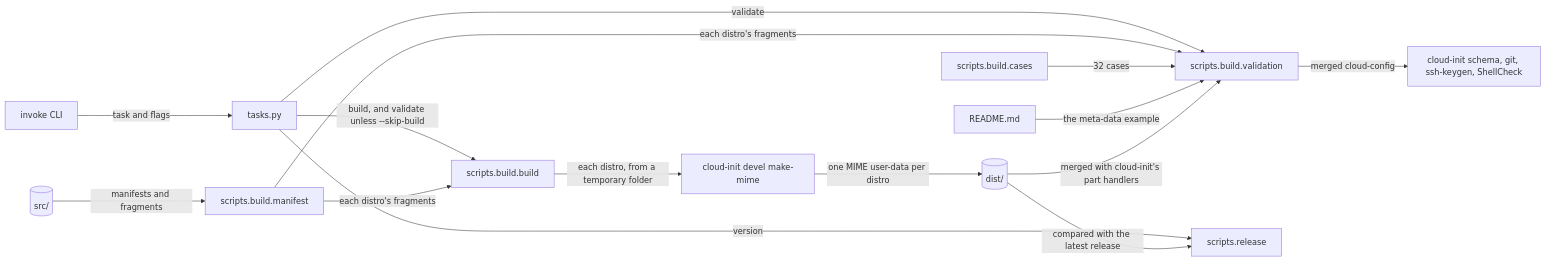
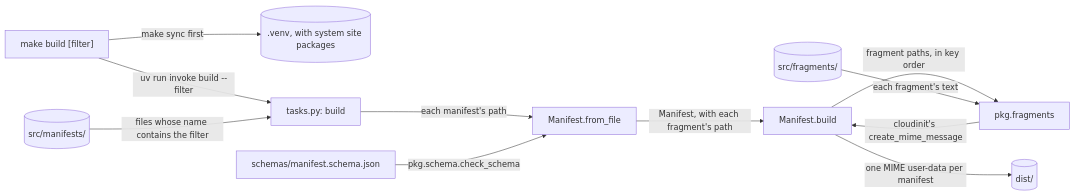
One commit to froazin/wsl changed the diagram in docs/build.md. Above: the diagram before and after it, drawn with Mermaid. The commit also changed other lines of this file and 58 other files, not shown here.

Commit message:
refactor(cloud-init)!: Simplify image build (#11)

````diff
--- a/docs/build.md
+++ b/docs/build.md
@@ -27,19 +27,15 @@
 ```mermaid
 flowchart LR
-    accTitle: How the tasks build and check the config
-    accDescr: The invoke CLI runs a task in tasks.py. The build task calls scripts.build.build, which loads each distro's manifest from src/ with scripts.build.manifest, joins its fragments with cloud-init devel make-mime and writes dist/. The validate task builds first, then calls scripts.build.validation, which takes the cases from scripts.build.cases and the meta-data example from README.md, merges each distro's user-data with cloud-init's part handlers, renders each fragment on its own and runs cloud-init schema, git, ssh-keygen and ShellCheck. The version task calls scripts.release.
-    cli["invoke CLI"] -->|"task and flags"| tasks["tasks.py"]
-    tasks -->|"build, and validate unless --skip-build"| build["scripts.build.build"]
-    tasks -->|validate| validation["scripts.build.validation"]
-    tasks -->|version| release["scripts.release"]
-    src[("src/")] -->|"manifests and fragments"| manifest["scripts.build.manifest"]
-    manifest -->|"each distro's fragments"| build
-    manifest -->|"each distro's fragments"| validation
-    build -->|"each distro, from a temporary folder"| mime["cloud-init devel make-mime"]
-    mime -->|"one MIME user-data per distro"| dist[("dist/")]
-    cases["scripts.build.cases"] -->|"32 cases"| validation
-    readme["README.md"] -->|"the meta-data example"| validation
-    dist -->|"merged with cloud-init's part handlers"| validation
-    validation -->|"merged cloud-config"| tools["cloud-init schema, git, ssh-keygen, ShellCheck"]
-    dist -->|"compared with the latest release"| release
+    accTitle: How make build turns the manifests into dist
+    accDescr: make build sets up the venv with make sync, then runs invoke build. The build task picks the manifests in src/manifests whose file name contains the filter. Manifest.from_file reads each one, checks it with pkg.schema against schemas/manifest.schema.json and resolves its fragment names to paths in src/fragments. Manifest.build passes the paths to pkg.fragments, which joins them with cloud-init's create_mime_message and returns the user-data, which build writes to dist.
+    make["make build [filter]"] -->|"make sync first"| venv[(".venv, with system site packages")]
+    make -->|"uv run invoke build --filter"| task["tasks.py: build"]
+    manifests[("src/manifests/")] -->|"files whose name contains the filter"| task
+    task -->|"each manifest's path"| load["Manifest.from_file"]
+    schema["schemas/manifest.schema.json"] -->|"pkg.schema.check_schema"| load
+    load -->|"Manifest, with each fragment's path"| build["Manifest.build"]
+    build -->|"fragment paths, in key order"| join["pkg.fragments"]
+    fragments[("src/fragments/")] -->|"each fragment's text"| join
+    join -->|"cloudinit's create_mime_message"| build
+    build -->|"one MIME user-data per manifest"| dist[("dist/")]
 ```
````
